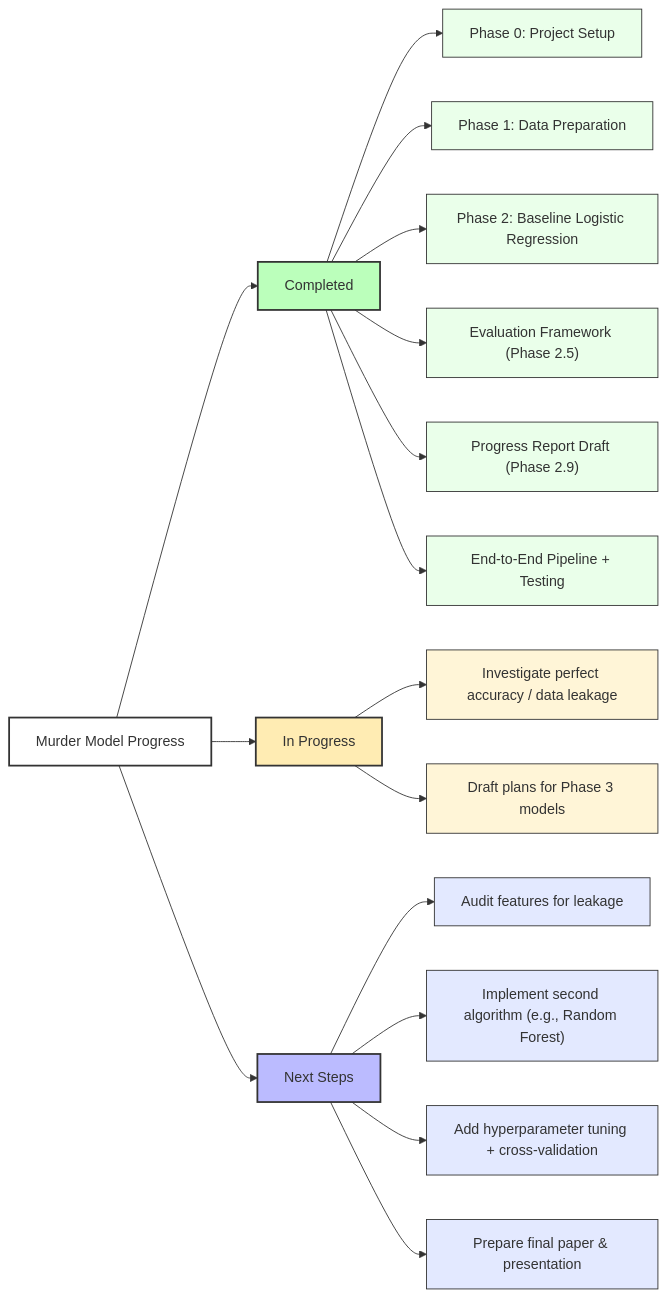
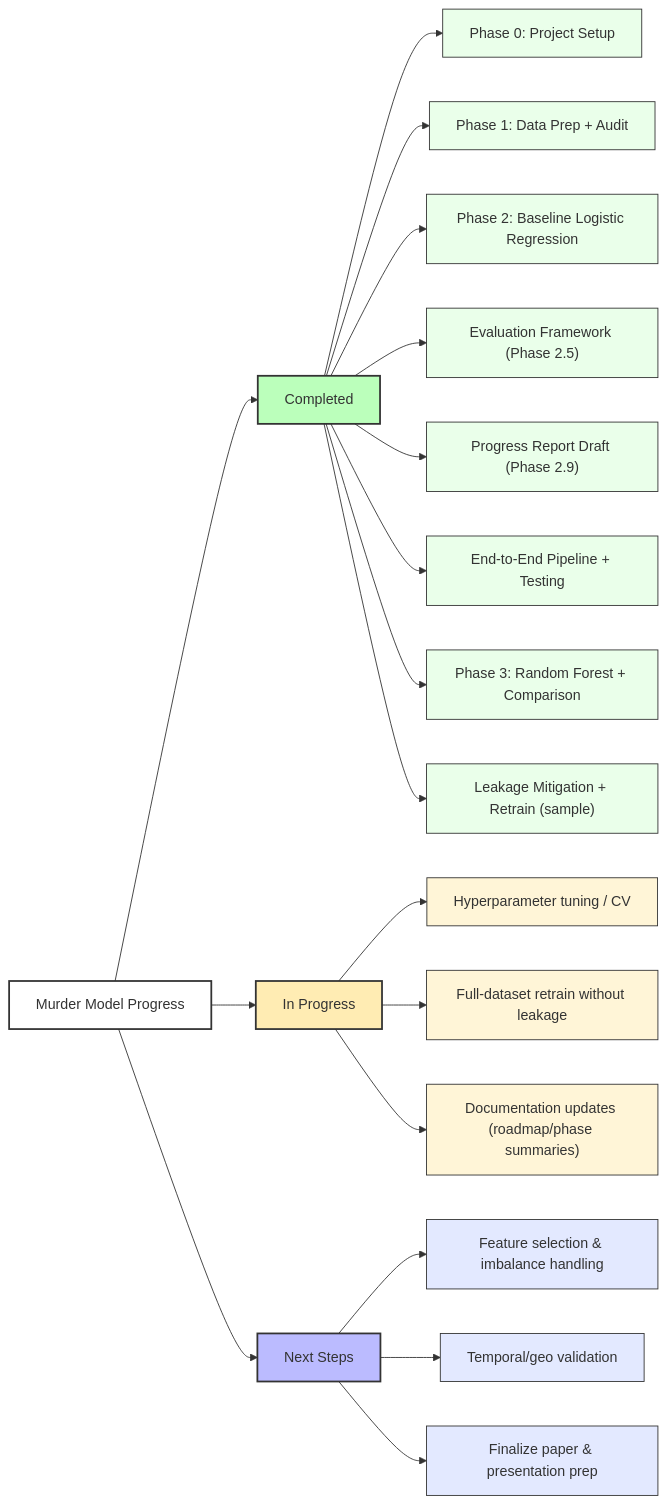
The diagram in .context/diagrams/progress.mmd (henatic/MurderModel), drawn with Mermaid before and after one commit. The commit also changed 4 other files, not shown here.

```diff
--- a/.context/diagrams/progress.mmd
+++ b/.context/diagrams/progress.mmd
@@ -1,42 +1,46 @@
 graph LR
     %% Overview
     ROOT[Murder Model Progress]
 
     %% Completed Work
     ROOT --> C[Completed]
     C --> C0["Phase 0: Project Setup"]
-    C --> C1["Phase 1: Data Preparation"]
+    C --> C1["Phase 1: Data Prep + Audit"]
     C --> C2["Phase 2: Baseline Logistic Regression"]
     C --> C3["Evaluation Framework (Phase 2.5)"]
     C --> C4["Progress Report Draft (Phase 2.9)"]
     C --> C5["End-to-End Pipeline + Testing"]
+    C --> C6["Phase 3: Random Forest + Comparison"]
+    C --> C7["Leakage Mitigation + Retrain (sample)"]
 
     %% In Progress
     ROOT --> I[In Progress]
-    I --> I0["Investigate perfect accuracy / data leakage"]
-    I --> I1["Draft plans for Phase 3 models"]
+    I --> I0["Hyperparameter tuning / CV"]
+    I --> I1["Full-dataset retrain without leakage"]
+    I --> I2["Documentation updates (roadmap/phase summaries)"]
 
     %% Next Steps
     ROOT --> N[Next Steps]
-    N --> N0["Audit features for leakage"]
-    N --> N1["Implement second algorithm (e.g., Random Forest)"]
-    N --> N2["Add hyperparameter tuning + cross-validation"]
-    N --> N3["Prepare final paper & presentation"]
+    N --> N0["Feature selection & imbalance handling"]
+    N --> N1["Temporal/geo validation"]
+    N --> N2["Finalize paper & presentation prep"]
 
     %% Styling
     style ROOT fill:#fff,stroke:#333,stroke-width:2px
     style C fill:#bfb,stroke:#333,stroke-width:2px
     style I fill:#ffecb3,stroke:#333,stroke-width:2px
     style N fill:#bbf,stroke:#333,stroke-width:2px
     style C0 fill:#eaffea,stroke:#333,stroke-width:1px
     style C1 fill:#eaffea,stroke:#333,stroke-width:1px
     style C2 fill:#eaffea,stroke:#333,stroke-width:1px
     style C3 fill:#eaffea,stroke:#333,stroke-width:1px
     style C4 fill:#eaffea,stroke:#333,stroke-width:1px
     style C5 fill:#eaffea,stroke:#333,stroke-width:1px
+    style C6 fill:#eaffea,stroke:#333,stroke-width:1px
+    style C7 fill:#eaffea,stroke:#333,stroke-width:1px
     style I0 fill:#fff5d7,stroke:#333,stroke-width:1px
     style I1 fill:#fff5d7,stroke:#333,stroke-width:1px
+    style I2 fill:#fff5d7,stroke:#333,stroke-width:1px
     style N0 fill:#e3e9ff,stroke:#333,stroke-width:1px
     style N1 fill:#e3e9ff,stroke:#333,stroke-width:1px
     style N2 fill:#e3e9ff,stroke:#333,stroke-width:1px
-    style N3 fill:#e3e9ff,stroke:#333,stroke-width:1px
```
